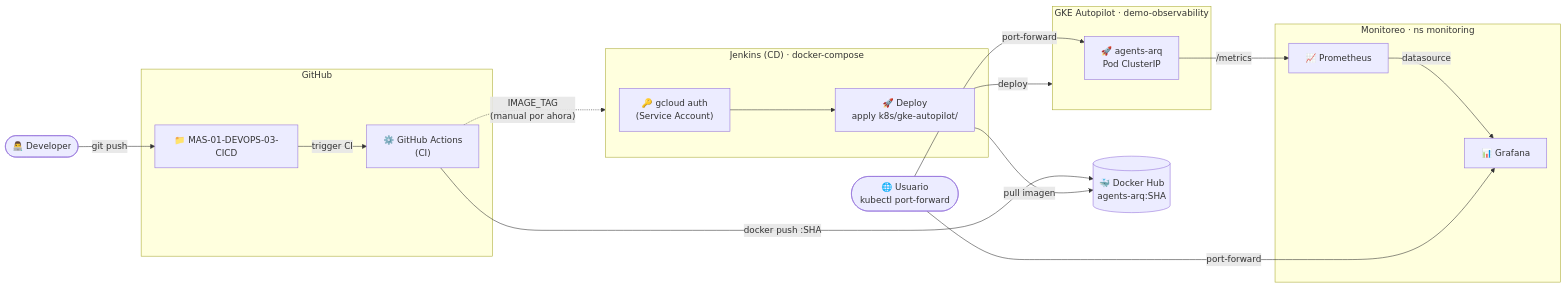
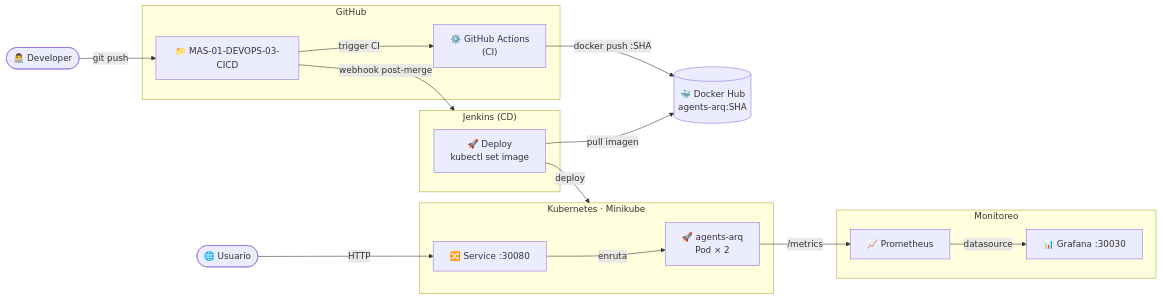
One commit to MAS-SABANA/MAS-01-DEVOPS-03-CICD changed the first of 4 diagrams in README.md. Above: the diagram before and after it, drawn with Mermaid. The commit also changed other lines of this file and 2 other files, not shown here.

````diff
--- a/README.md
+++ b/README.md
@@ -67,39 +57,38 @@
 ```mermaid
 graph LR
   DEV(["👨‍💻 Developer"])
 
   subgraph GH["GitHub"]
     REPO["📁 MAS-01-DEVOPS-03-CICD"]
     GA["⚙️ GitHub Actions\n(CI)"]
   end
 
   REG[("🐳 Docker Hub\nagents-arq:SHA")]
 
-  subgraph JK["Jenkins (CD) · docker-compose"]
-    JAUTH["🔑 gcloud auth\n(Service Account)"]
-    JD["🚀 Deploy\napply k8s/gke-autopilot/"]
-    JAUTH --> JD
+  subgraph JK["Jenkins (CD)"]
+    JD["🚀 Deploy\nkubectl set image"]
   end
 
-  subgraph GKE["GKE Autopilot · demo-observability"]
-    APP["🚀 agents-arq\nPod ClusterIP"]
+  subgraph K8S["Kubernetes · Minikube"]
+    APP["🚀 agents-arq\nPod × 2"]
+    SVC["🔀 Service :30080"]
+    SVC -->|"enruta"| APP
   end
 
-  subgraph MON["Monitoreo · ns monitoring"]
+  subgraph MON["Monitoreo"]
     PROM["📈 Prometheus"]
-    GRAF["📊 Grafana"]
+    GRAF["📊 Grafana :30030"]
     PROM -->|"datasource"| GRAF
   end
 
-  USR(["🌐 Usuario\nkubectl port-forward"])
+  USR(["🌐 Usuario"])
 
   DEV    -->|"git push"| REPO
   REPO   -->|"trigger CI"| GA
   GA     -->|"docker push :SHA"| REG
-  GA     -.->|"IMAGE_TAG\n(manual por ahora)"| JK
+  REPO   -->|"webhook post-merge"| JK
   JD     -->|"pull imagen"| REG
-  JD     -->|"deploy"| GKE
+  JD     -->|"deploy"| K8S
   APP    -->|"/metrics"| PROM
-  USR    -->|"port-forward"| APP
-  USR    -->|"port-forward"| GRAF
+  USR    -->|"HTTP"| SVC
 ```
````
